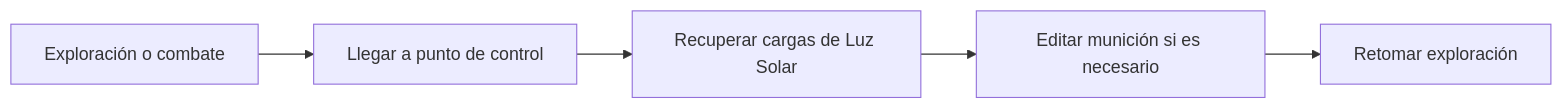
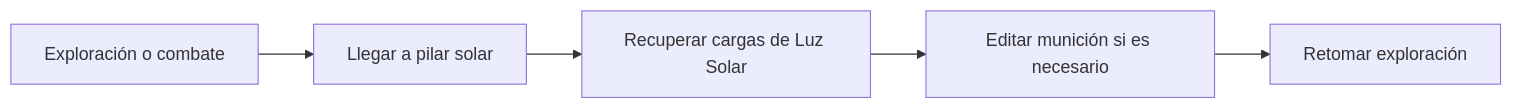
The fifth of 5 diagrams in src/content/progresion/otros-loops.md (Jonathan-Bello/GDD-CSS), drawn with Mermaid before and after one commit. The commit also changed other lines of this file and 64 other files, not shown here.

````diff
--- a/src/content/progresion/otros-loops.md
+++ b/src/content/progresion/otros-loops.md
@@ -82,7 +82,7 @@
 ```mermaid
 flowchart LR
-    A[Exploración o combate] --> B[Llegar a punto de control]
+    A[Exploración o combate] --> B[Llegar a pilar solar]
     B --> C[Recuperar cargas de Luz Solar]
     C --> D[Editar munición si es necesario]
     D --> E[Retomar exploración]
 ```
````
